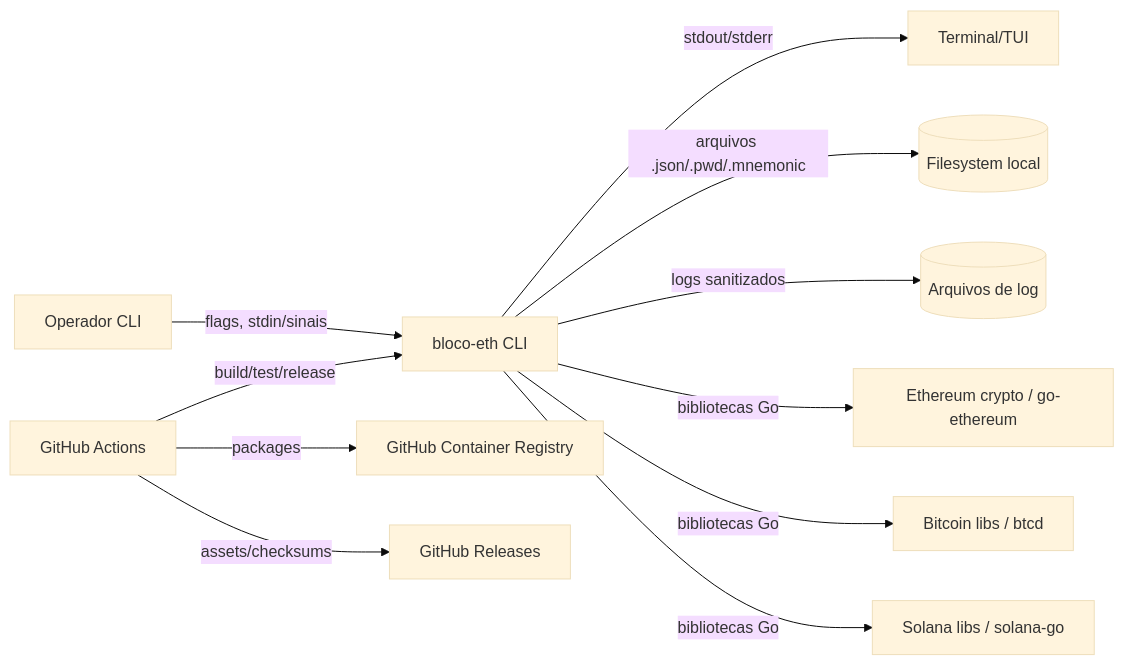
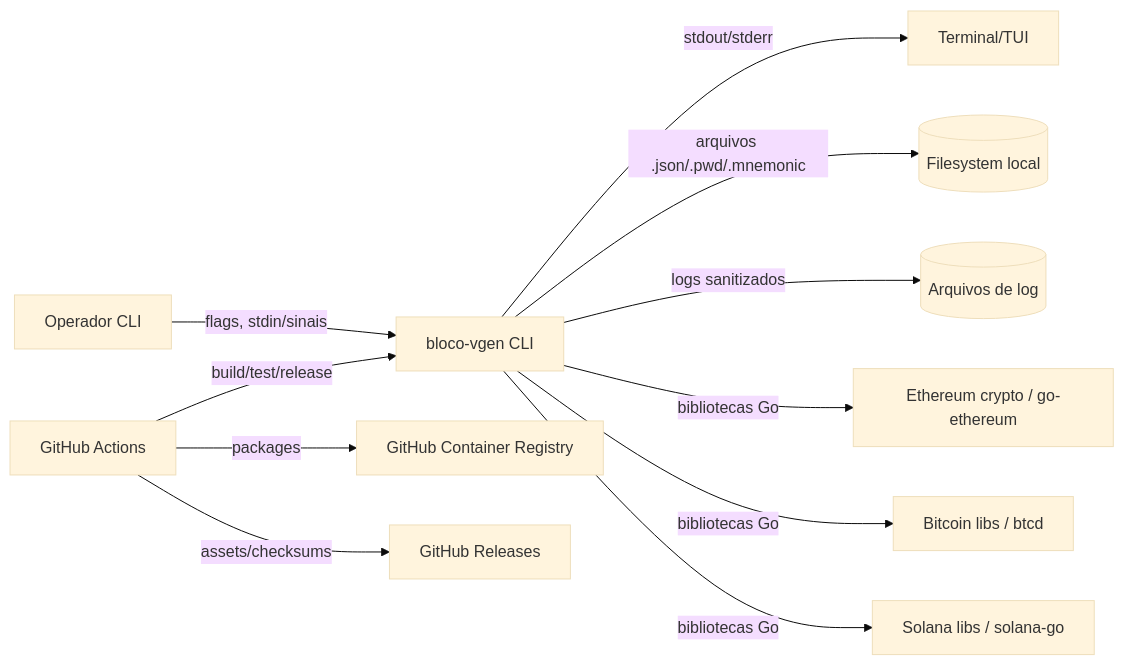
One commit to italoag/bloco-vanity-generator changed the first of 2 diagrams in _reversa_sdd/architecture.md. Above: the diagram before and after it, drawn with Mermaid (base theme). The commit also changed other lines of this file and 80 other files, not shown here.

Commit message:
Rename binary from bloco-eth to bloco-vgen across all workflows and documentation

````diff
--- a/_reversa_sdd/architecture.md
+++ b/_reversa_sdd/architecture.md
@@ -38,13 +38,13 @@
 ```mermaid
 flowchart LR
-  User[Operador CLI] -->|flags, stdin/sinais| App[bloco-eth CLI]
+  User[Operador CLI] -->|flags, stdin/sinais| App[bloco-vgen CLI]
   App -->|stdout/stderr| Terminal[Terminal/TUI]
   App -->|arquivos .json/.pwd/.mnemonic| FS[(Filesystem local)]
   App -->|logs sanitizados| Logs[(Arquivos de log)]
   App -->|bibliotecas Go| Eth[Ethereum crypto / go-ethereum]
   App -->|bibliotecas Go| Btc[Bitcoin libs / btcd]
   App -->|bibliotecas Go| Sol[Solana libs / solana-go]
   CI[GitHub Actions] -->|build/test/release| App
   CI -->|packages| GHCR[GitHub Container Registry]
   CI -->|assets/checksums| Releases[GitHub Releases]
 ```
````
